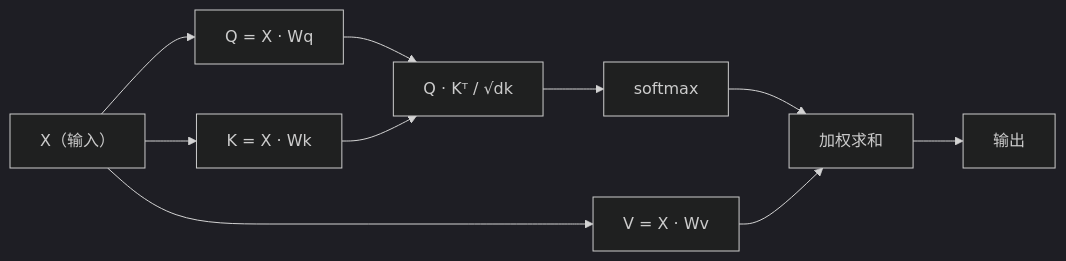
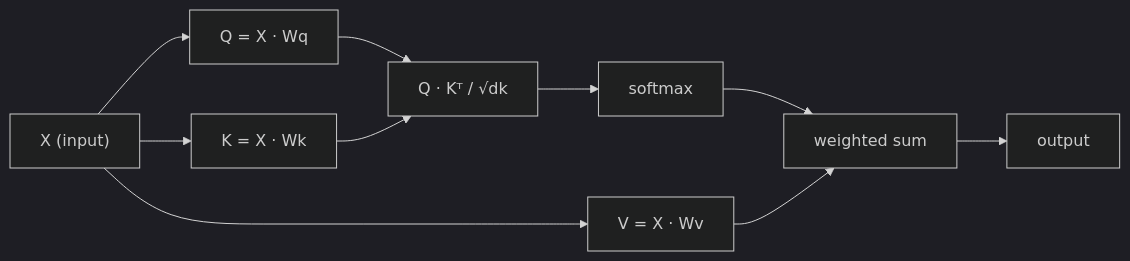
The diagram in i18n/zh/phases/07-transformers-deep-dive/02-self-attention-from-scratch/docs/zh.md (xiaojiaenen/ai-engineering-from-scratch-zh), drawn with Mermaid (dark theme) before and after one commit. The commit also changed other lines of this file and 16 other files, not shown here.

````diff
--- a/i18n/zh/phases/07-transformers-deep-dive/02-self-attention-from-scratch/docs/zh.md
+++ b/i18n/zh/phases/07-transformers-deep-dive/02-self-attention-from-scratch/docs/zh.md
@@ -147,12 +147,12 @@
 ```mermaid
 flowchart LR
-  X["X（输入）"] --> Q["Q = X · Wq"]
+  X["X (input)"] --> Q["Q = X · Wq"]
   X --> K["K = X · Wk"]
   X --> V["V = X · Wv"]
   Q --> S["Q · Kᵀ / √dk"]
   K --> S
   S --> SM["softmax"]
-  SM --> WS["加权求和"]
+  SM --> WS["weighted sum"]
   V --> WS
-  WS --> O["输出"]
+  WS --> O["output"]
 ```
````
